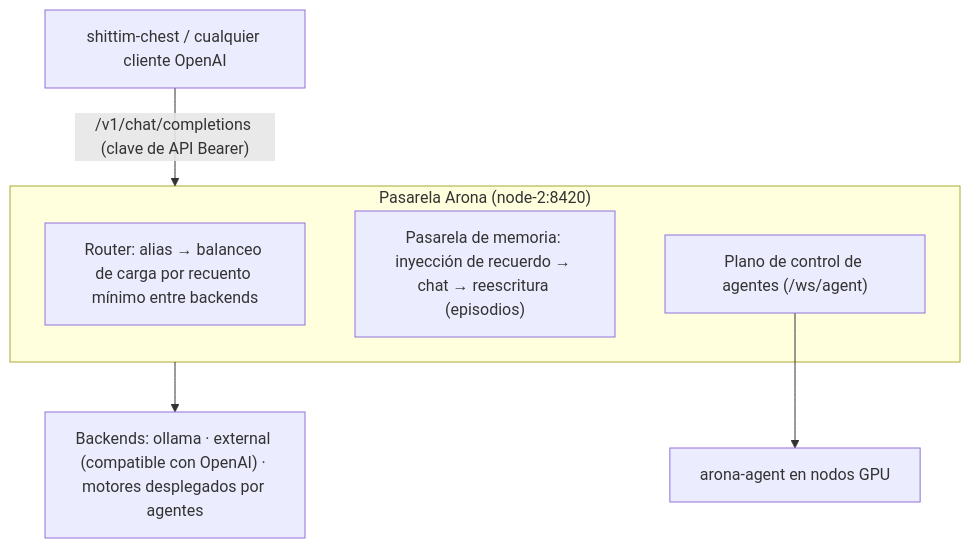
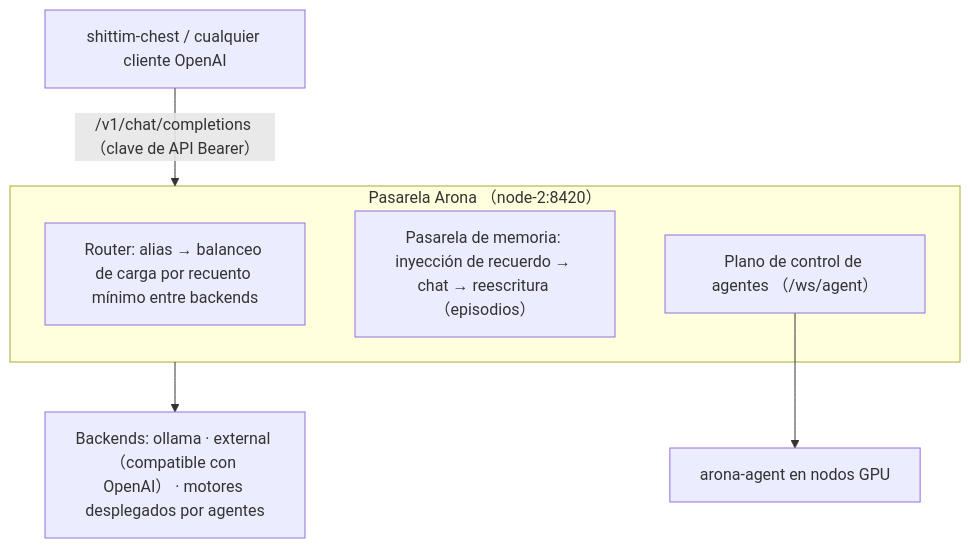
Before and after one commit to celestia-island/docs.celestia.world: the diagram in docs/es/platforms/arona.md, drawn with Mermaid. The commit also changed 35 other files, not shown here.

First line of the commit message:
📝 Convert ASCII parentheses in mermaid fences to fullwidth across languages. (#96)

````diff
--- a/docs/es/platforms/arona.md
+++ b/docs/es/platforms/arona.md
@@ -12,12 +12,12 @@
 ```mermaid
 flowchart TD
     C["shittim-chest / cualquier cliente OpenAI"]
-    subgraph G["Pasarela Arona (node-2:8420)"]
+    subgraph G["Pasarela Arona （node-2:8420）"]
         N0["Router: alias → balanceo de carga por recuento mínimo entre backends"]
-        N1["Pasarela de memoria: inyección de recuerdo → chat → reescritura (episodios)"]
-        N2["Plano de control de agentes (/ws/agent)"]
+        N1["Pasarela de memoria: inyección de recuerdo → chat → reescritura （episodios）"]
+        N2["Plano de control de agentes （/ws/agent）"]
     end
-    C -->|"/v1/chat/completions (clave de API Bearer)"| G
+    C -->|"/v1/chat/completions （clave de API Bearer）"| G
     N2 --> T["arona-agent en nodos GPU"]
-    G --> B["Backends: ollama · external (compatible con OpenAI) · motores desplegados por agentes"]
+    G --> B["Backends: ollama · external （compatible con OpenAI） · motores desplegados por agentes"]
 ```
````
